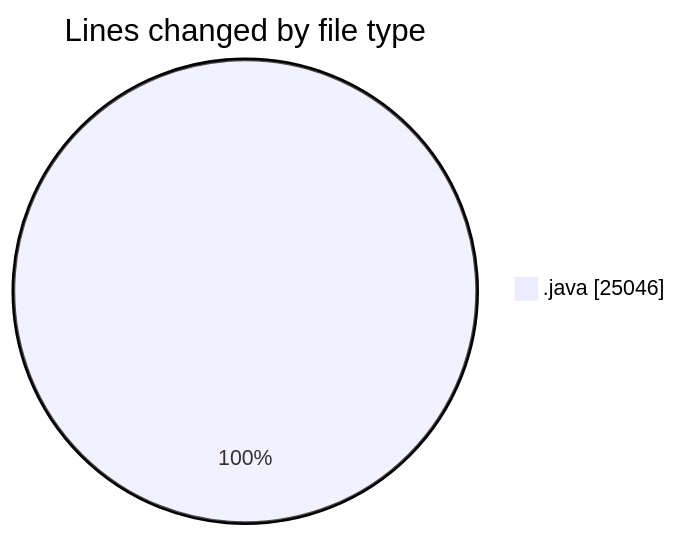
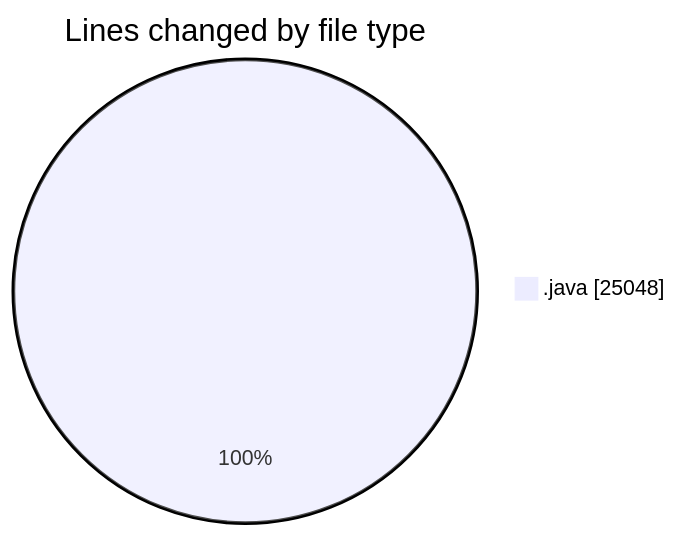
The first of 2 diagrams in 2026-05-19/cilapp/README.md (ricardozamudiocil/code-tracking), drawn with Mermaid before and after one commit. The commit also changed other lines of this file and 1 other file, not shown here.

````diff
--- a/2026-05-19/cilapp/README.md
+++ b/2026-05-19/cilapp/README.md
@@ -23,5 +23,5 @@
 ```mermaid
 pie showData
 title Lines changed by file type
-".java" : 25046
+".java" : 25048
 ```
````
